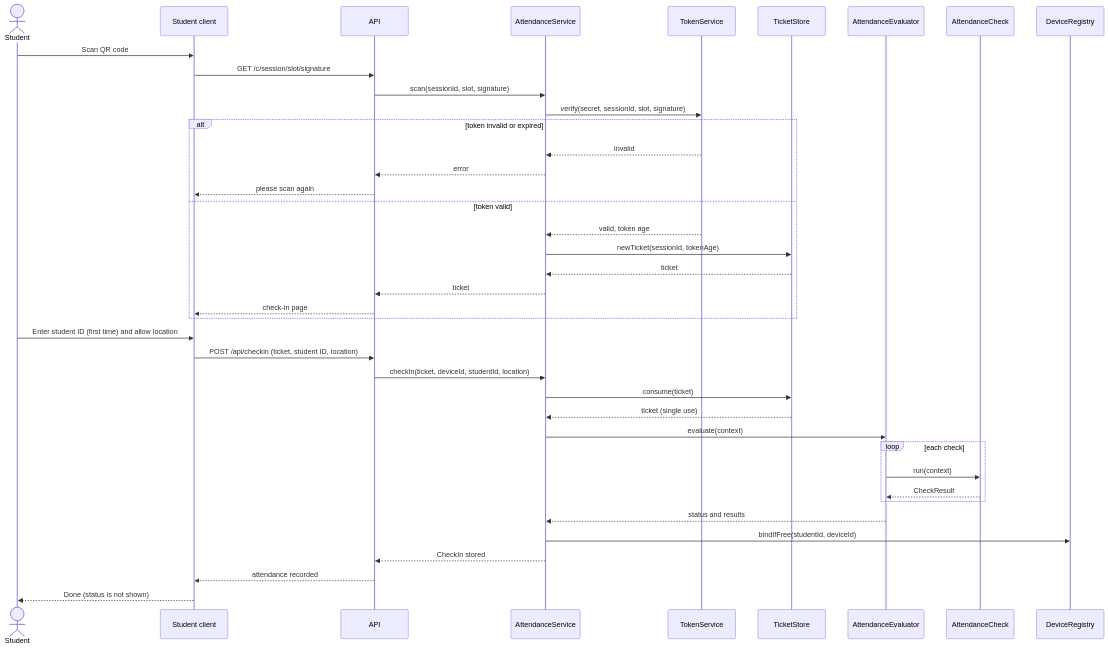
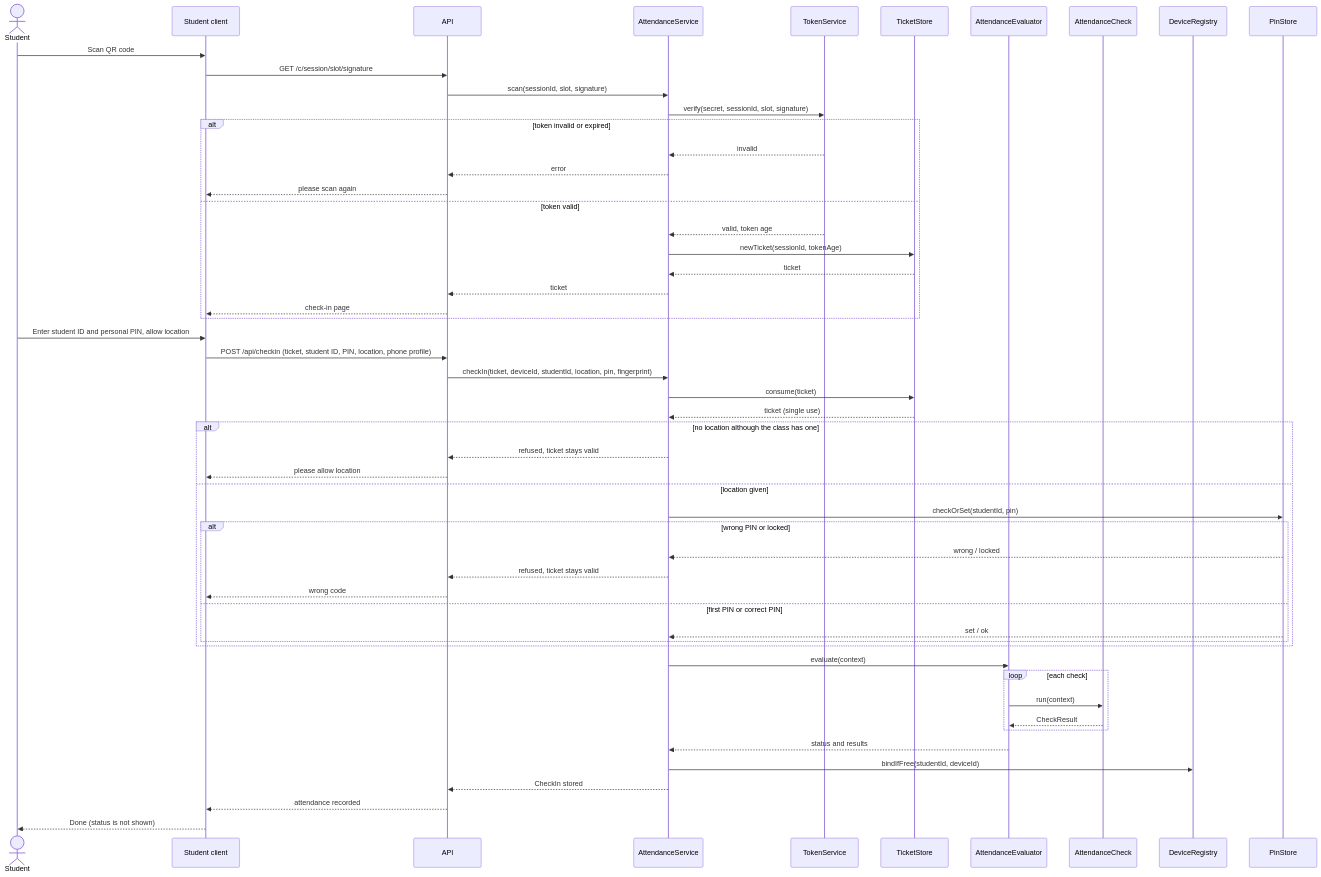
One commit to maayancohen-coder/smart-classroom-toolkit changed the seventh of 10 diagrams in docs/06-class-and-sequence-diagrams.md. Above: the diagram before and after it, drawn with Mermaid. The commit also changed other lines of this file and 4 other files, not shown here.

Commit message:
Update components and diagrams

````diff
--- a/docs/06-class-and-sequence-diagrams.md
+++ b/docs/06-class-and-sequence-diagrams.md
@@ -358,43 +385,57 @@
 ```mermaid
 sequenceDiagram
     actor Student
     participant SC as Student client
     participant API
     participant AS as AttendanceService
     participant TS as TokenService
     participant TK as TicketStore
     participant EV as AttendanceEvaluator
     participant CH as AttendanceCheck
     participant DR as DeviceRegistry
+    participant PS as PinStore
 
     Student->>SC: Scan QR code
     SC->>API: GET /c/session/slot/signature
     API->>AS: scan(sessionId, slot, signature)
     AS->>TS: verify(secret, sessionId, slot, signature)
     alt token invalid or expired
         TS-->>AS: invalid
         AS-->>API: error
         API-->>SC: please scan again
     else token valid
         TS-->>AS: valid, token age
         AS->>TK: newTicket(sessionId, tokenAge)
         TK-->>AS: ticket
         AS-->>API: ticket
         API-->>SC: check-in page
     end
-    Student->>SC: Enter student ID (first time) and allow location
-    SC->>API: POST /api/checkin (ticket, student ID, location)
-    API->>AS: checkIn(ticket, deviceId, studentId, location)
+    Student->>SC: Enter student ID and personal PIN, allow location
+    SC->>API: POST /api/checkin (ticket, student ID, PIN, location, phone profile)
+    API->>AS: checkIn(ticket, deviceId, studentId, location, pin, fingerprint)
     AS->>TK: consume(ticket)
     TK-->>AS: ticket (single use)
+    alt no location although the class has one
+        AS-->>API: refused, ticket stays valid
+        API-->>SC: please allow location
+    else location given
+        AS->>PS: checkOrSet(studentId, pin)
+        alt wrong PIN or locked
+            PS-->>AS: wrong / locked
+            AS-->>API: refused, ticket stays valid
+            API-->>SC: wrong code
+        else first PIN or correct PIN
+            PS-->>AS: set / ok
+        end
+    end
     AS->>EV: evaluate(context)
     loop each check
         EV->>CH: run(context)
         CH-->>EV: CheckResult
     end
     EV-->>AS: status and results
     AS->>DR: bindIfFree(studentId, deviceId)
     AS-->>API: CheckIn stored
     API-->>SC: attendance recorded
     SC-->>Student: Done (status is not shown)
 ```
````
